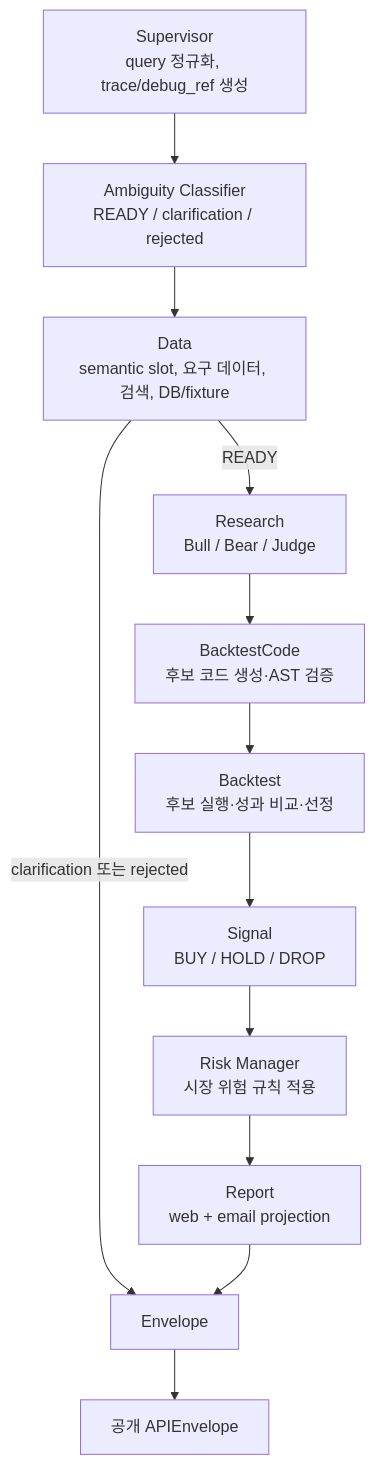
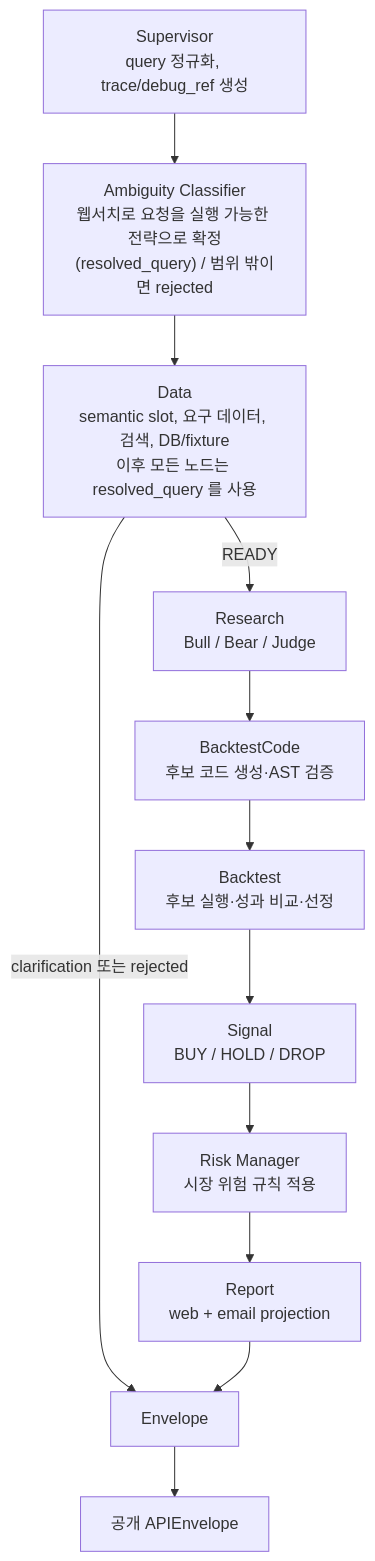
The fourth of 8 diagrams in docs/PROJECT_FLOW_AND_DEBT_GUIDE.md (sj0618/Quant_agent), drawn with Mermaid before and after one commit. The commit also changed 9 other files, not shown here.

First line of the commit message:
fix(ai): 모호한 요청을 되묻고 끝내던 문제 - 웹서치로 전략을 확정해 진행

````diff
--- a/docs/PROJECT_FLOW_AND_DEBT_GUIDE.md
+++ b/docs/PROJECT_FLOW_AND_DEBT_GUIDE.md
@@ -188,14 +188,14 @@
 ```mermaid
 flowchart TD
-    S["Supervisor<br/>query 정규화, trace/debug_ref 생성"] --> A["Ambiguity Classifier<br/>READY / clarification / rejected"]
-    A --> D["Data<br/>semantic slot, 요구 데이터, 검색, DB/fixture"]
+    S["Supervisor<br/>query 정규화, trace/debug_ref 생성"] --> A["Ambiguity Classifier<br/>웹서치로 요청을 실행 가능한 전략으로 확정<br/>(resolved_query) / 범위 밖이면 rejected"]
+    A --> D["Data<br/>semantic slot, 요구 데이터, 검색, DB/fixture<br/>이후 모든 노드는 resolved_query 를 사용"]
     D -->|"READY"| R["Research<br/>Bull / Bear / Judge"]
     D -->|"clarification 또는 rejected"| E["Envelope"]
     R --> C["BacktestCode<br/>후보 코드 생성·AST 검증"]
     C --> B["Backtest<br/>후보 실행·성과 비교·선정"]
     B --> SG["Signal<br/>BUY / HOLD / DROP"]
     SG --> RM["Risk Manager<br/>시장 위험 규칙 적용"]
     RM --> RP["Report<br/>web + email projection"]
     RP --> E
     E --> OUT["공개 APIEnvelope"]
 ```
````
